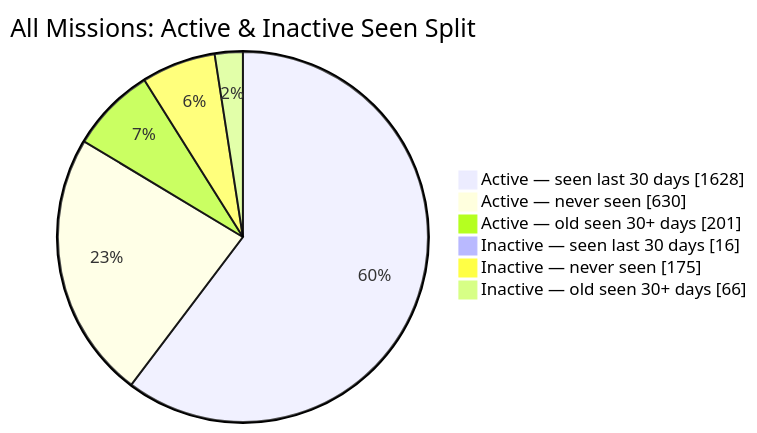
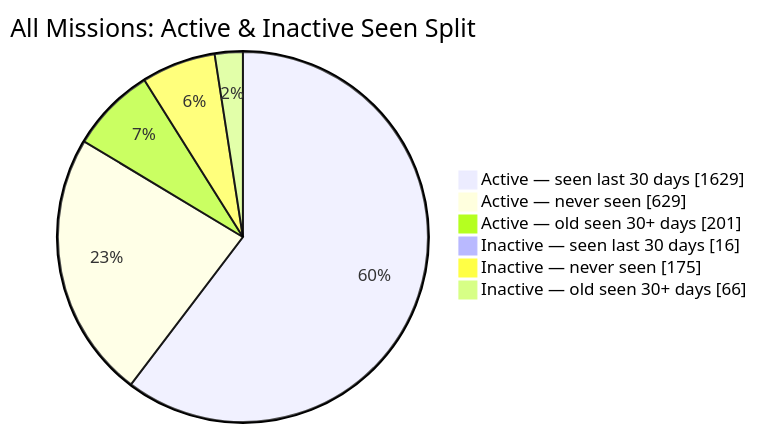
One commit to MeldkamerspelGameTeam/active-missions changed the second of 2 diagrams in README.md. Above: the diagram before and after it, drawn with Mermaid. The commit also changed other lines of this file and 2 other files, not shown here.

````diff
--- a/README.md
+++ b/README.md
@@ -44,10 +44,10 @@
 ```mermaid
 pie showData
     title All Missions: Active & Inactive Seen Split
-    "Active — seen last 30 days" : 1628
-    "Active — never seen" : 630
+    "Active — seen last 30 days" : 1629
+    "Active — never seen" : 629
     "Active — old seen 30+ days" : 201
     "Inactive — seen last 30 days" : 16
     "Inactive — never seen" : 175
     "Inactive — old seen 30+ days" : 66
 ```
````
